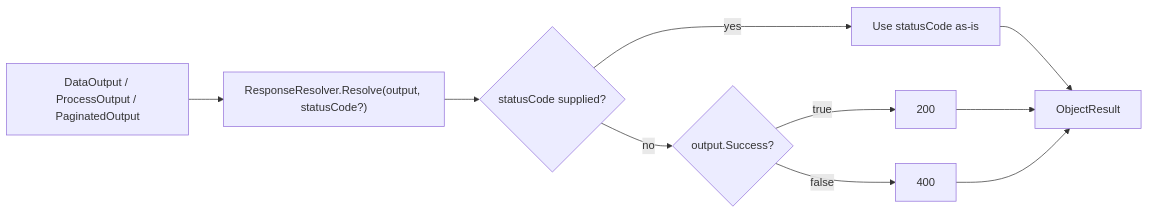
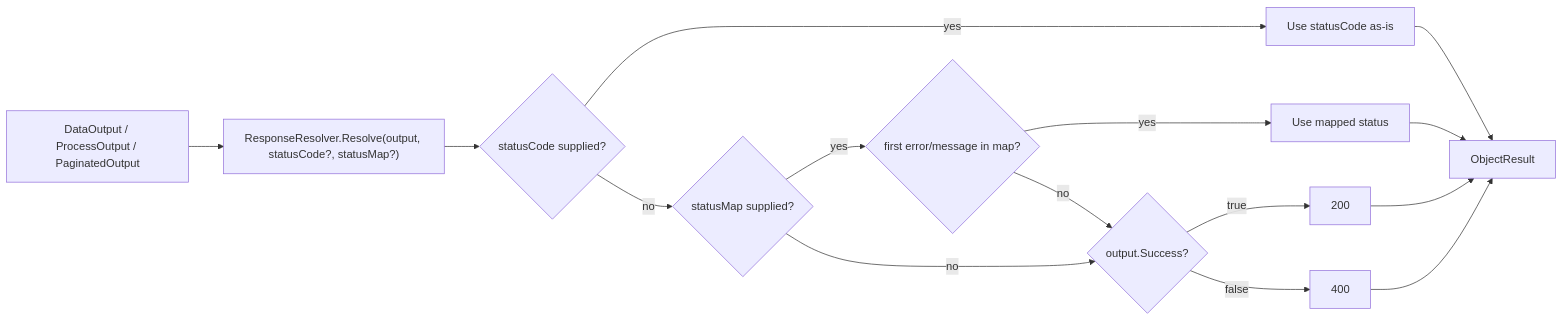
The diagram in docs/content/responses.md (artur-rios/dotnet-webapi-util), drawn with Mermaid before and after one commit. The commit also changed other lines of this file, not shown here.

Commit message:
docs: document ResponseResolver status map

````diff
--- a/docs/content/responses.md
+++ b/docs/content/responses.md
@@ -33,12 +42,17 @@
 ```mermaid
 flowchart LR
-    Output["DataOutput / ProcessOutput / PaginatedOutput"] --> Resolve["ResponseResolver.Resolve(output, statusCode?)"]
+    Output["DataOutput / ProcessOutput / PaginatedOutput"] --> Resolve["ResponseResolver.Resolve(output, statusCode?, statusMap?)"]
     Resolve --> HasCode{"statusCode supplied?"}
     HasCode -- "yes" --> UseCode["Use statusCode as-is"]
-    HasCode -- "no" --> Success{"output.Success?"}
+    HasCode -- "no" --> HasMap{"statusMap supplied?"}
+    HasMap -- "yes" --> Lookup{"first error/message in map?"}
+    Lookup -- "yes" --> UseMapped["Use mapped status"]
+    Lookup -- "no" --> Success{"output.Success?"}
+    HasMap -- "no" --> Success
     Success -- "true" --> Ok["200"]
     Success -- "false" --> Bad["400"]
     UseCode --> Result["ObjectResult"]
+    UseMapped --> Result
     Ok --> Result
     Bad --> Result
 ```
````
